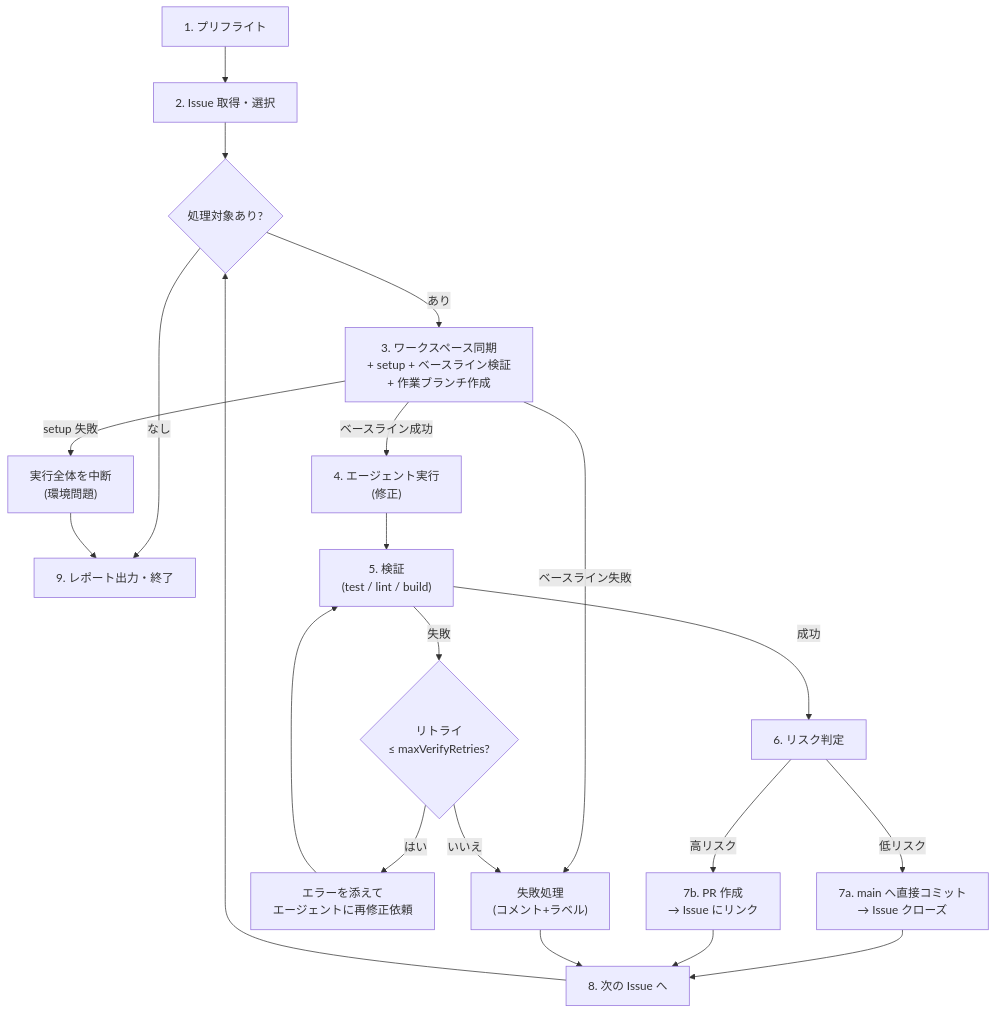
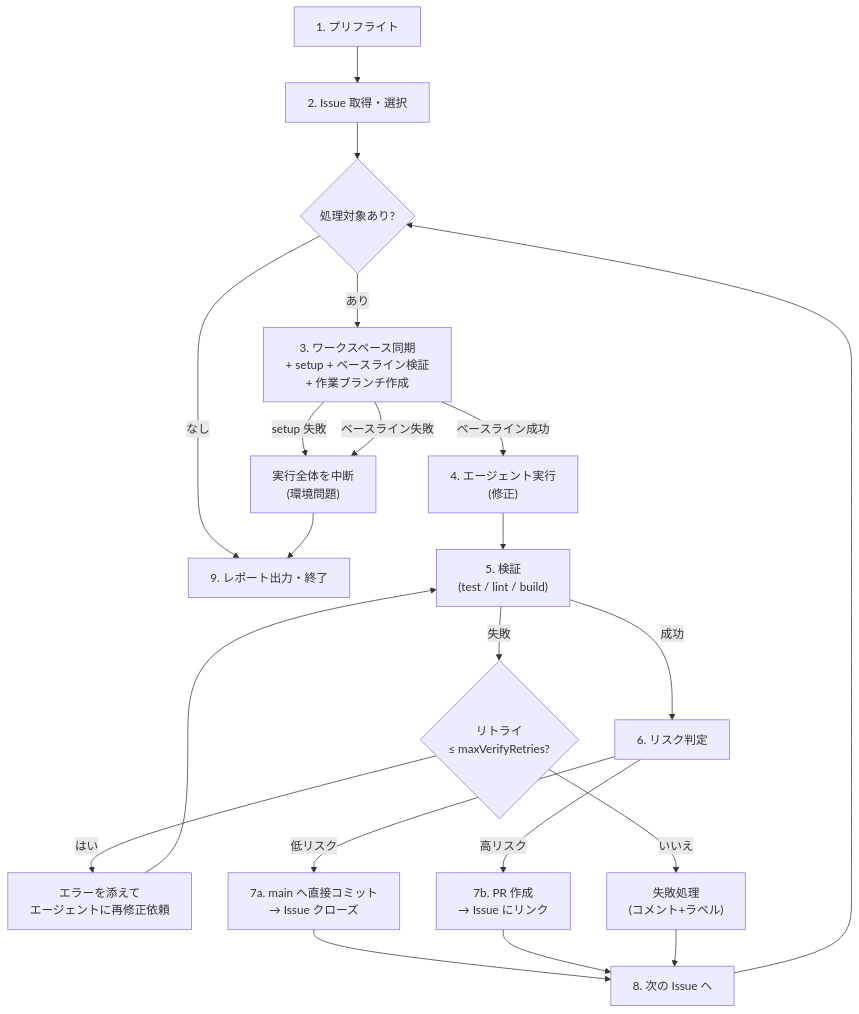
One commit to kaizen-agents-org/kaizen-loop changed the diagram in docs/04-nightly-pipeline.md. Above: the diagram before and after it, drawn with Mermaid. The commit also changed other lines of this file and 3 other files, not shown here.

````diff
--- a/docs/04-nightly-pipeline.md
+++ b/docs/04-nightly-pipeline.md
@@ -7,22 +7,22 @@
 ```mermaid
 flowchart TB
     A["1. プリフライト"] --> B["2. Issue 取得・選択"]
     B --> C{処理対象あり?}
     C -->|なし| Z["9. レポート出力・終了"]
     C -->|あり| D["3. ワークスペース同期<br/>+ setup + ベースライン検証<br/>+ 作業ブランチ作成"]
     D -->|ベースライン成功| E["4. エージェント実行<br/>(修正)"]
     D -->|setup 失敗| X["実行全体を中断<br/>(環境問題)"]
-    D -->|ベースライン失敗| H
+    D -->|ベースライン失敗| X
     X --> Z
     E --> F["5. 検証<br/>(test / lint / build)"]
     F -->|失敗| G{リトライ<br/>≤ maxVerifyRetries?}
     G -->|はい| E2["エラーを添えて<br/>エージェントに再修正依頼"] --> F
     G -->|いいえ| H["失敗処理<br/>(コメント+ラベル)"]
     F -->|成功| I["6. リスク判定"]
     I -->|低リスク| J["7a. main へ直接コミット<br/>→ Issue クローズ"]
     I -->|高リスク| K["7b. PR 作成<br/>→ Issue にリンク"]
     J --> L["8. 次の Issue へ"]
     K --> L
     H --> L
     L --> C
 ```
````
